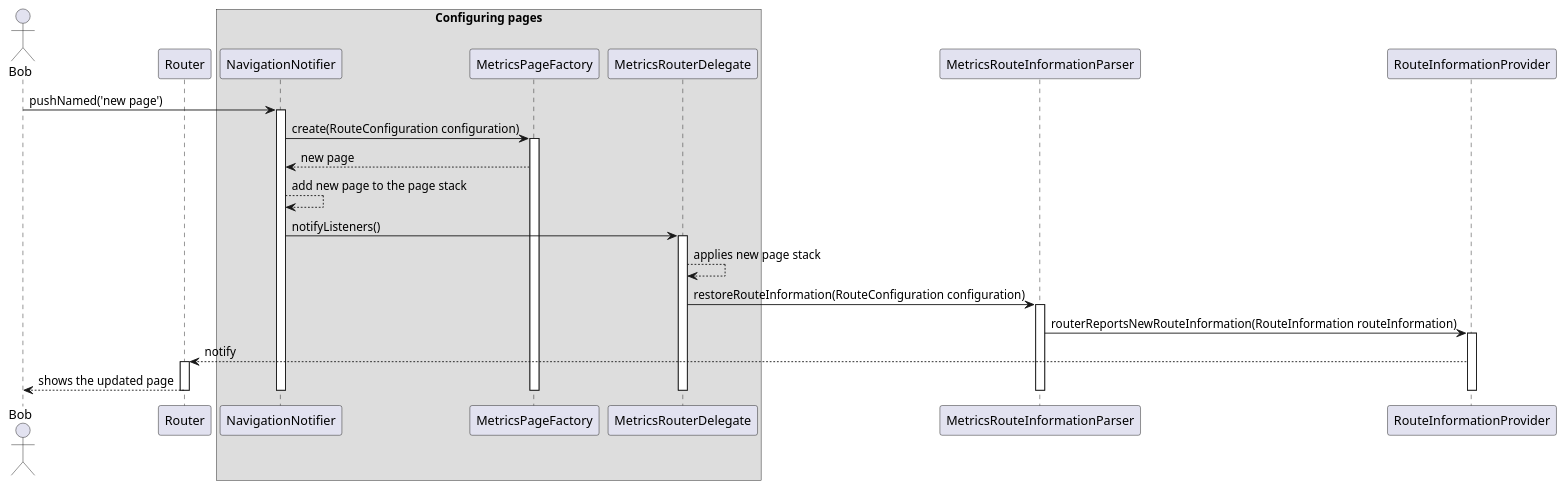
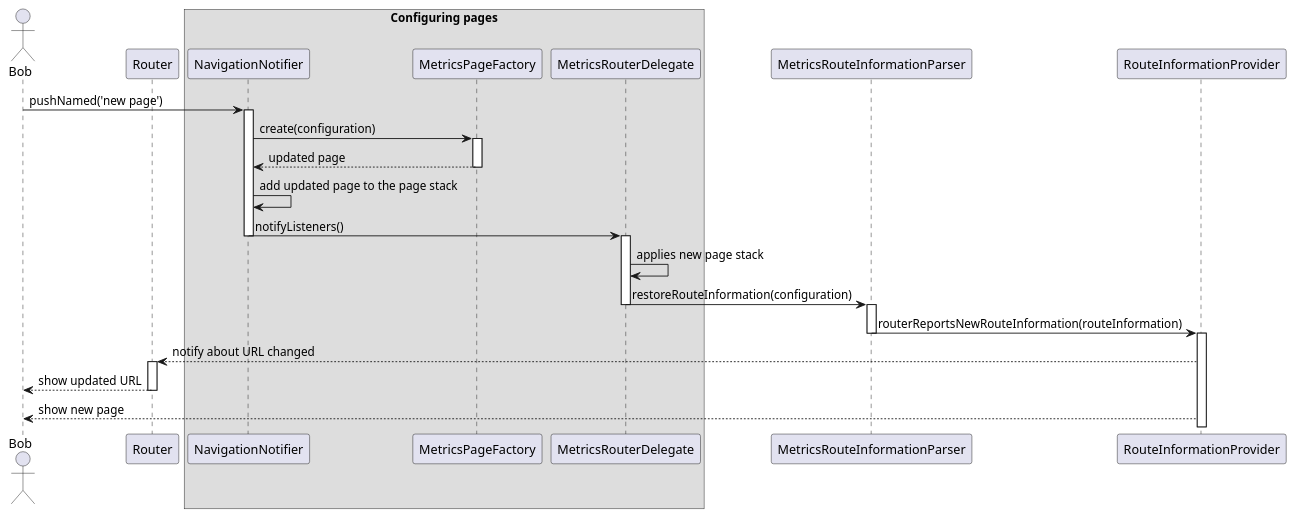
Before and after one commit to Flank/flank-dashboard: the diagram in metrics/web/docs/features/navigation/diagrams/internal_navigation_sequence_diagram.puml, drawn with PlantUML. The commit also changed 2 other files, not shown here.

Commit message:
Improve diagrams and minor documentation fixes

```diff
--- a/metrics/web/docs/features/navigation/diagrams/internal_navigation_sequence_diagram.puml
+++ b/metrics/web/docs/features/navigation/diagrams/internal_navigation_sequence_diagram.puml
@@ -1,49 +1,48 @@
 @startuml internal_navigation_sequence_diagram
 
 actor Bob
 
 participant Router
 
 box Configuring pages
-    participant NavigationNotifier
-    participant MetricsPageFactory
-    participant MetricsRouterDelegate
+participant NavigationNotifier
+participant MetricsPageFactory
+participant MetricsRouterDelegate
 endbox
 
 participant MetricsRouteInformationParser
 
 participant RouteInformationProvider
 
 Bob -> NavigationNotifier : pushNamed('new page')
 activate NavigationNotifier
 
-NavigationNotifier -> MetricsPageFactory : create(RouteConfiguration configuration)
+NavigationNotifier -> MetricsPageFactory : create(configuration)
 activate MetricsPageFactory
 
-MetricsPageFactory --> NavigationNotifier : new page
+return updated page
 
-NavigationNotifier --> NavigationNotifier : add new page to the page stack
+NavigationNotifier -> NavigationNotifier : add updated page to the page stack
 
 NavigationNotifier -> MetricsRouterDelegate : notifyListeners()
+deactivate NavigationNotifier
 activate MetricsRouterDelegate
 
-MetricsRouterDelegate --> MetricsRouterDelegate: applies new page stack
+MetricsRouterDelegate -> MetricsRouterDelegate: applies new page stack
 
-MetricsRouterDelegate -> MetricsRouteInformationParser : restoreRouteInformation(RouteConfiguration configuration)
+MetricsRouterDelegate -> MetricsRouteInformationParser : restoreRouteInformation(configuration)
+deactivate MetricsRouterDelegate
 activate MetricsRouteInformationParser
 
-MetricsRouteInformationParser -> RouteInformationProvider : routerReportsNewRouteInformation(RouteInformation routeInformation)
+MetricsRouteInformationParser -> RouteInformationProvider : routerReportsNewRouteInformation(routeInformation)
+deactivate MetricsRouteInformationParser
 activate RouteInformationProvider
 
-RouteInformationProvider --> Router : notify
+RouteInformationProvider --> Router : notify about URL changed
 activate Router
 
-Router --> Bob : shows the updated page
+Router --> Bob : show updated URL
+deactivate Router
 
-deactivate Router
-deactivate RouteInformationProvider
-deactivate MetricsRouteInformationParser
-deactivate MetricsRouterDelegate
-deactivate MetricsPageFactory
-deactivate NavigationNotifier
+RouteInformationProvider --> Bob : show new page
 @enduml
```
